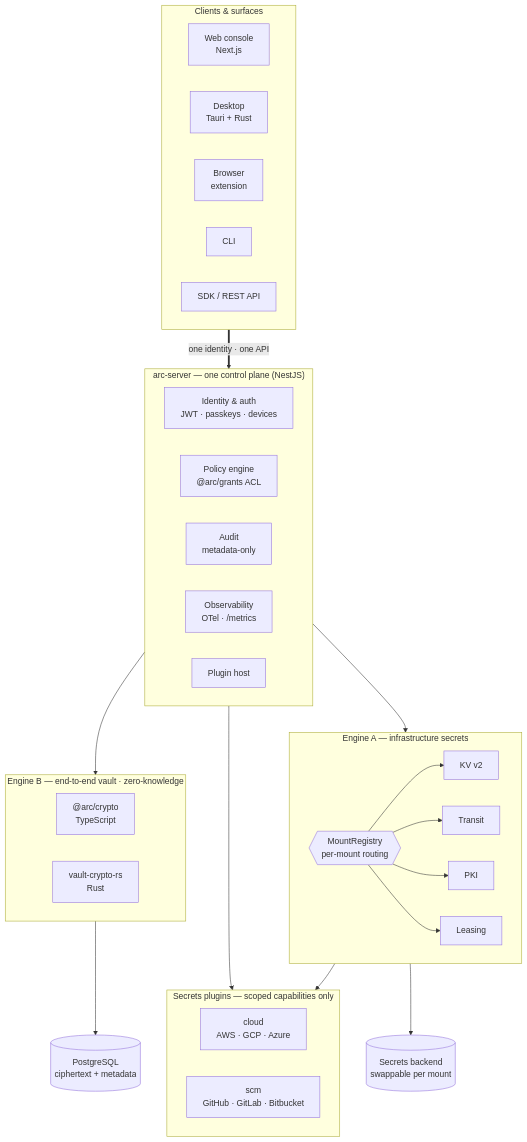
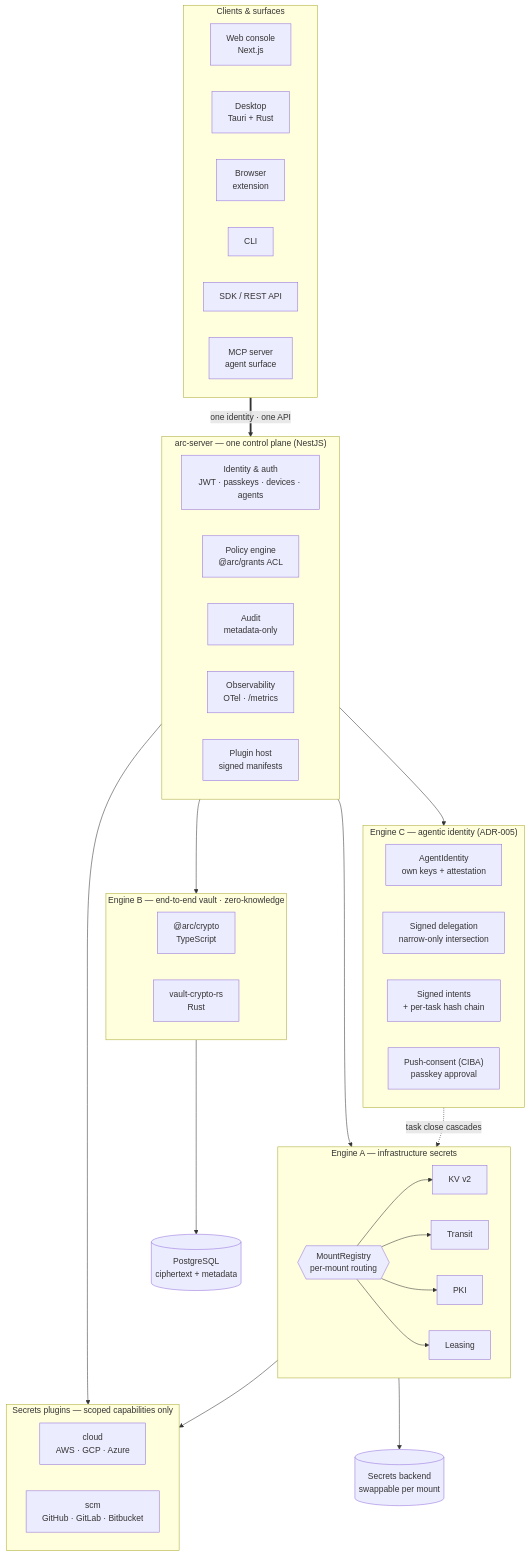
One commit to ethchor/arc changed the first of 3 diagrams in README.md. Above: the diagram before and after it, drawn with Mermaid. The commit also changed other lines of this file and 1 other file, not shown here.

First line of the commit message:
chore: refresh README + STATUS for Engine-C and MCP

````diff
--- a/README.md
+++ b/README.md
@@ -100,56 +129,67 @@
 ```mermaid
 flowchart TB
     subgraph CL["Clients &amp; surfaces"]
         direction LR
         WEB["Web console<br/>Next.js"]
         DESK["Desktop<br/>Tauri + Rust"]
         EXT["Browser<br/>extension"]
         CLI["CLI"]
         SDK["SDK / REST API"]
+        MCP["MCP server<br/>agent surface"]
     end
 
     subgraph SRV["arc-server — one control plane (NestJS)"]
         direction LR
-        ID["Identity &amp; auth<br/>JWT · passkeys · devices"]
+        ID["Identity &amp; auth<br/>JWT · passkeys · devices · agents"]
         POL["Policy engine<br/>@arc/grants ACL"]
         AUD["Audit<br/>metadata-only"]
         OBS["Observability<br/>OTel · /metrics"]
-        HOST["Plugin host"]
+        HOST["Plugin host<br/>signed manifests"]
     end
 
     subgraph EA["Engine A — infrastructure secrets"]
         direction LR
         REG{{"MountRegistry<br/>per-mount routing"}}
         KV["KV v2"]
         TR["Transit"]
         PK["PKI"]
         LS["Leasing"]
     end
 
     subgraph PL["Secrets plugins — scoped capabilities only"]
         direction LR
         CLOUD["cloud<br/>AWS · GCP · Azure"]
         SCM["scm<br/>GitHub · GitLab · Bitbucket"]
     end
 
     subgraph EB["Engine B — end-to-end vault · zero-knowledge"]
         direction LR
         CTS["@arc/crypto<br/>TypeScript"]
         CRS["vault-crypto-rs<br/>Rust"]
     end
 
+    subgraph EC["Engine C — agentic identity (ADR-005)"]
+        direction LR
+        AGENT["AgentIdentity<br/>own keys + attestation"]
+        DEL["Signed delegation<br/>narrow-only intersection"]
+        INT["Signed intents<br/>+ per-task hash chain"]
+        APP["Push-consent (CIBA)<br/>passkey approval"]
+    end
+
     BK[("Secrets backend<br/>swappable per mount")]
     DB[("PostgreSQL<br/>ciphertext + metadata")]
 
     CL ==>|"one identity · one API"| SRV
     SRV --> EA
     SRV --> EB
+    SRV --> EC
+    EC -.->|"task close cascades"| LS
     HOST --> PL
     REG --> KV
     REG --> TR
     REG --> PK
     REG --> LS
     REG --> PL
     EA --> BK
     EB --> DB
 ```
````
